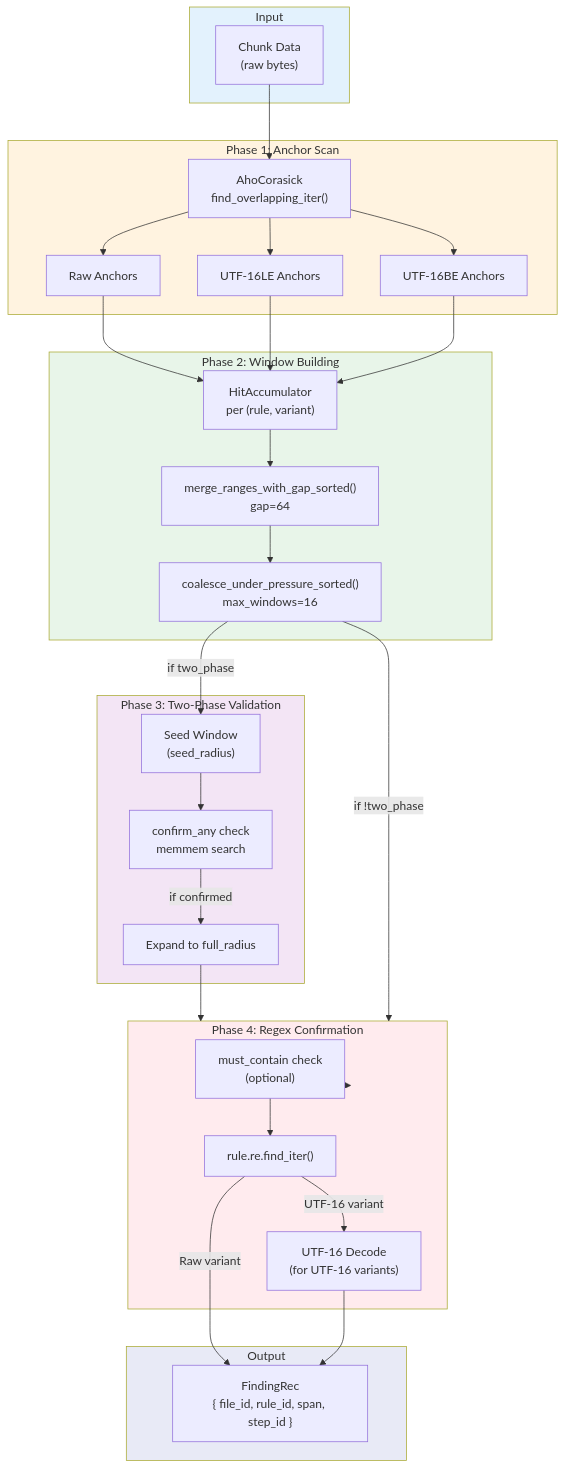
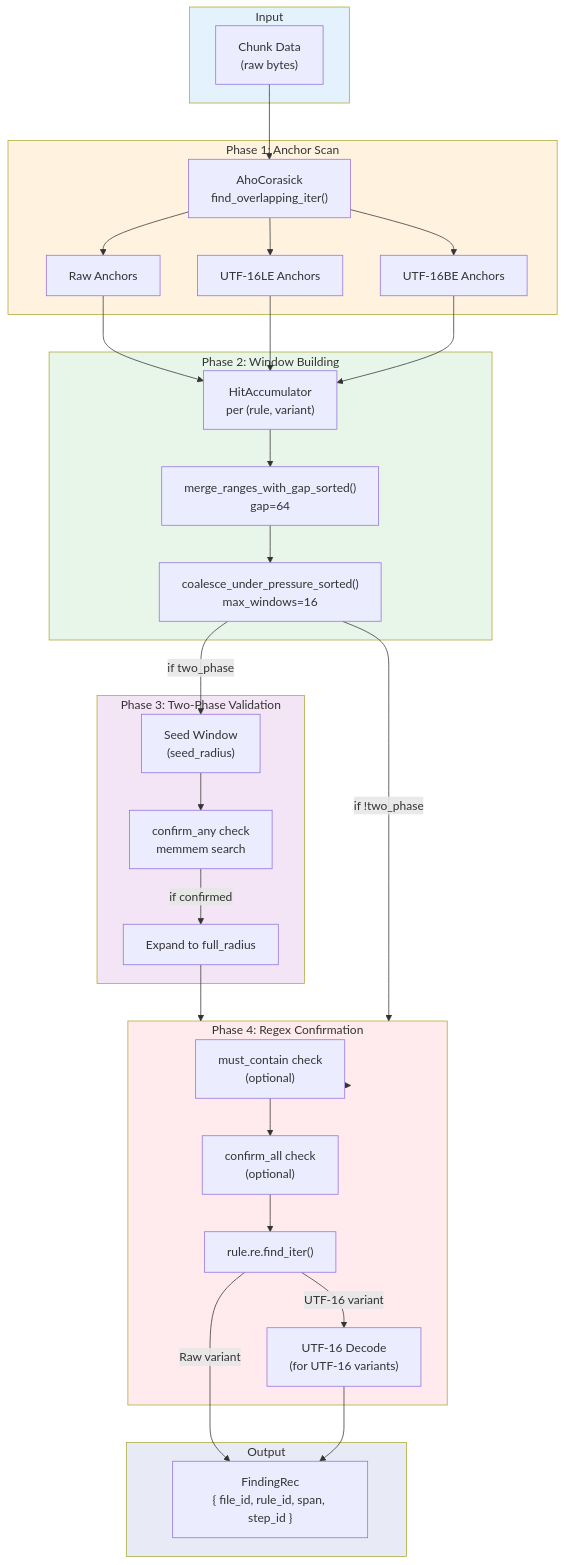
The first of 3 diagrams in docs/detection-engine.md (ahrav/scratch-scanner-rs), drawn with Mermaid before and after one commit. The commit also changed 16 other files, not shown here.

First line of the commit message:
Update feature flags and add support for confirm_all prefilter islands in regex patterns - Provides optional statistical tracking via new "stats" feature

````diff
--- a/docs/detection-engine.md
+++ b/docs/detection-engine.md
@@ -5,68 +5,70 @@
 ```mermaid
 flowchart TB
     subgraph Input["Input"]
         Chunk["Chunk Data<br/>(raw bytes)"]
     end
 
     subgraph Phase1["Phase 1: Anchor Scan"]
         AC["AhoCorasick<br/>find_overlapping_iter()"]
         Raw["Raw Anchors"]
         U16LE["UTF-16LE Anchors"]
         U16BE["UTF-16BE Anchors"]
     end
 
     subgraph Phase2["Phase 2: Window Building"]
         HitAcc["HitAccumulator<br/>per (rule, variant)"]
         Merge["merge_ranges_with_gap_sorted()<br/>gap=64"]
         Coalesce["coalesce_under_pressure_sorted()<br/>max_windows=16"]
     end
 
     subgraph Phase3["Phase 3: Two-Phase Validation"]
         SeedWin["Seed Window<br/>(seed_radius)"]
         Confirm["confirm_any check<br/>memmem search"]
         Expand["Expand to full_radius"]
     end
 
     subgraph Phase4["Phase 4: Regex Confirmation"]
         MustContain["must_contain check<br/>(optional)"]
+        ConfirmAll["confirm_all check<br/>(optional)"]
         Regex["rule.re.find_iter()"]
         UTF16Dec["UTF-16 Decode<br/>(for UTF-16 variants)"]
     end
 
     subgraph Output["Output"]
         FindingRec["FindingRec<br/>{ file_id, rule_id, span, step_id }"]
     end
 
     Chunk --> AC
     AC --> Raw
     AC --> U16LE
     AC --> U16BE
 
     Raw --> HitAcc
     U16LE --> HitAcc
     U16BE --> HitAcc
 
     HitAcc --> Merge
     Merge --> Coalesce
 
     Coalesce --> |"if two_phase"| SeedWin
     SeedWin --> Confirm
     Confirm --> |"if confirmed"| Expand
     Expand --> Phase4
 
     Coalesce --> |"if !two_phase"| Phase4
 
     Phase4 --> MustContain
-    MustContain --> Regex
+    MustContain --> ConfirmAll
+    ConfirmAll --> Regex
     Regex --> |"Raw variant"| FindingRec
 
     Regex --> |"UTF-16 variant"| UTF16Dec
     UTF16Dec --> FindingRec
 
     style Input fill:#e3f2fd
     style Phase1 fill:#fff3e0
     style Phase2 fill:#e8f5e9
     style Phase3 fill:#f3e5f5
     style Phase4 fill:#ffebee
     style Output fill:#e8eaf6
 ```
````
